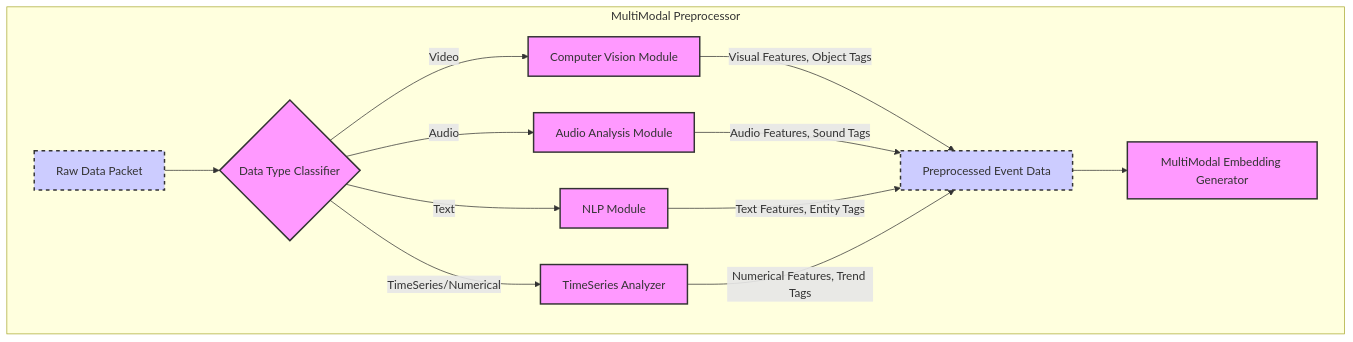
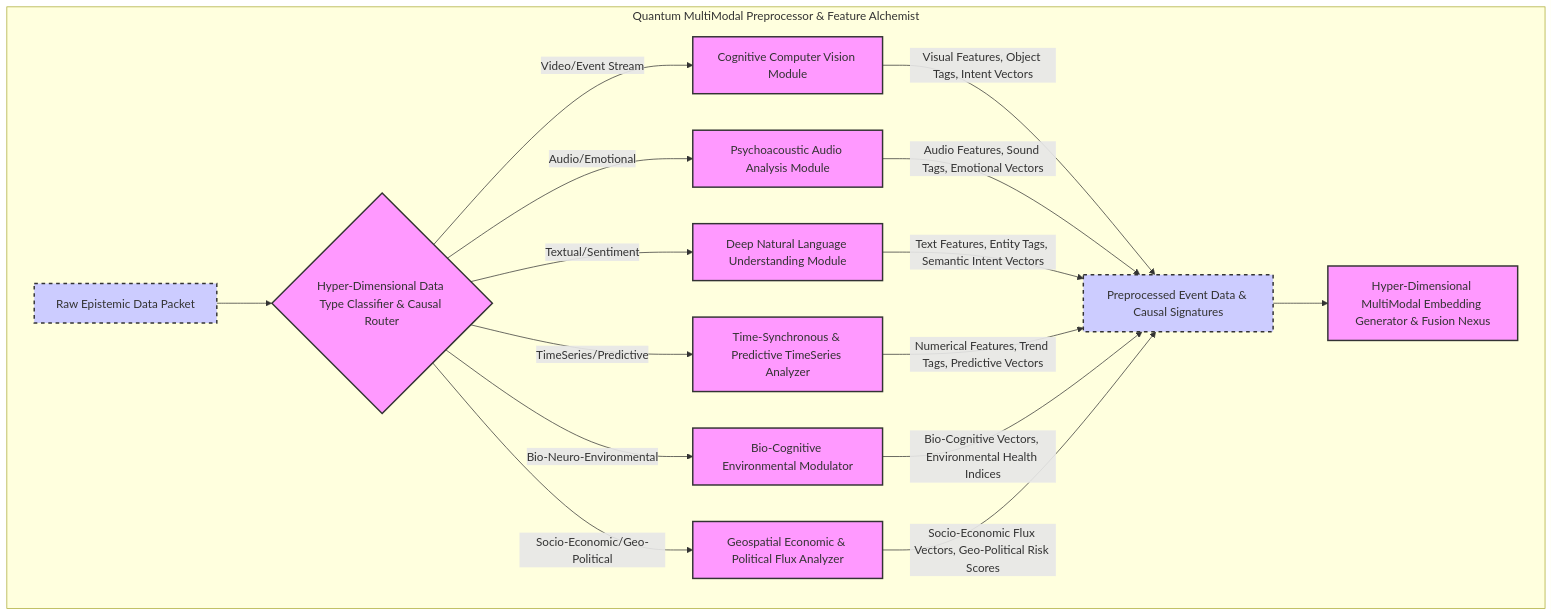
The third of 15 diagrams in inventions/inventions/024_ai_smart_city_monitoring.md (diplomat-bit/Citibank_Demo_Business_Inc_Demonstration-), drawn with Mermaid before and after one commit. The commit also changed other lines of this file, not shown here.

````diff
--- a/inventions/inventions/024_ai_smart_city_monitoring.md
+++ b/inventions/inventions/024_ai_smart_city_monitoring.md
@@ -202,31 +224,37 @@
 ```mermaid
 graph TD
-    subgraph "MultiModal Preprocessor"
+    subgraph "Quantum MultiModal Preprocessor & Feature Alchemist"
         direction LR
-        A[Raw Data Packet] --> B{Data Type Classifier}
-        B -- Video --> V_MOD[Computer Vision Module]
-        B -- Audio --> A_MOD[Audio Analysis Module]
-        B -- Text --> T_MOD[NLP Module]
-        B -- TimeSeries/Numerical --> TS_MOD[TimeSeries Analyzer]
+        A[Raw Epistemic Data Packet] --> B{Hyper-Dimensional Data Type Classifier & Causal Router}
+        B -- Video/Event Stream --> V_MOD[Cognitive Computer Vision Module]
+        B -- Audio/Emotional --> A_MOD[Psychoacoustic Audio Analysis Module]
+        B -- Textual/Sentiment --> T_MOD[Deep Natural Language Understanding Module]
+        B -- TimeSeries/Predictive --> TS_MOD[Time-Synchronous & Predictive TimeSeries Analyzer]
+        B -- Bio-Neuro-Environmental --> BE_MOD[Bio-Cognitive Environmental Modulator]
+        B -- Socio-Economic/Geo-Political --> SE_MOD[Geospatial Economic & Political Flux Analyzer]
 
-        V_MOD -- Visual Features, Object Tags --> O1[Preprocessed Event Data]
-        A_MOD -- Audio Features, Sound Tags --> O1
-        T_MOD -- Text Features, Entity Tags --> O1
-        TS_MOD -- Numerical Features, Trend Tags --> O1
+        V_MOD -- Visual Features, Object Tags, Intent Vectors --> O1[Preprocessed Event Data & Causal Signatures]
+        A_MOD -- Audio Features, Sound Tags, Emotional Vectors --> O1
+        T_MOD -- Text Features, Entity Tags, Semantic Intent Vectors --> O1
+        TS_MOD -- Numerical Features, Trend Tags, Predictive Vectors --> O1
+        BE_MOD -- Bio-Cognitive Vectors, Environmental Health Indices --> O1
+        SE_MOD -- Socio-Economic Flux Vectors, Geo-Political Risk Scores --> O1
 
-        O1 --> C[MultiModal Embedding Generator]
+        O1 --> C[Hyper-Dimensional MultiModal Embedding Generator & Fusion Nexus]
 
         classDef packetStyle fill:#ccf,stroke:#333,stroke-width:2px,stroke-dasharray: 5 5;
         classDef moduleStyle fill:#f9f,stroke:#333,stroke-width:2px;
         classDef outputStyle fill:#ccf,stroke:#333,stroke-width:2px,stroke-dasharray: 5 5;
 
         style A fill:#ccf,stroke:#333,stroke-width:2px,stroke-dasharray: 5 5;
         style B fill:#f9f,stroke:#333,stroke-width:2px;
         style V_MOD fill:#f9f,stroke:#333,stroke-width:2px;
         style A_MOD fill:#f9f,stroke:#333,stroke-width:2px;
         style T_MOD fill:#f9f,stroke:#333,stroke-width:2px;
         style TS_MOD fill:#f9f,stroke:#333,stroke-width:2px;
+        style BE_MOD fill:#f9f,stroke:#333,stroke-width:2px;
+        style SE_MOD fill:#f9f,stroke:#333,stroke-width:2px;
         style O1 fill:#ccf,stroke:#333,stroke-width:2px,stroke-dasharray: 5 5;
         style C fill:#f9f,stroke:#333,stroke-width:2px;
     end
 ```
````
